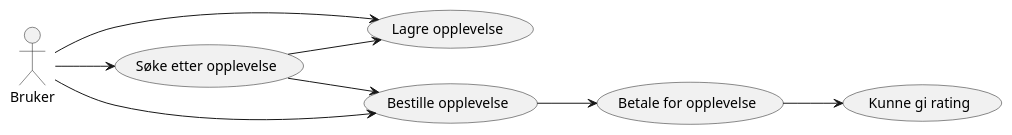
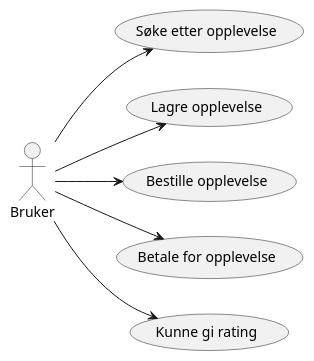
One commit to mapclean9r/os_Systemer changed the diagram in use_case_bruker.puml. Above: the diagram before and after it, drawn with PlantUML. The commit also changed 1 other file, not shown here.

```diff
--- a/use_case_bruker.puml
+++ b/use_case_bruker.puml
@@ -1,19 +1,12 @@
 @startuml name vetle
 'https://plantuml.com/use-case-diagram
 
 left to right direction
 :Bruker: --> (Søke etter opplevelse)
-(Søke etter opplevelse) --> (Lagre opplevelse)
-(Søke etter opplevelse) --> (Bestille opplevelse)
-
+:Bruker: --> (Lagre opplevelse)
 :Bruker: --> (Bestille opplevelse)
-(Bestille opplevelse) --> (Betale for opplevelse)
-(Betale for opplevelse) --> (Kunne gi rating)
-
-
-:Bruker: --> (Lagre opplevelse)
-
-
+:Bruker: --> (Betale for opplevelse)
+:Bruker: --> (Kunne gi rating)
 
 
 @enduml
```
